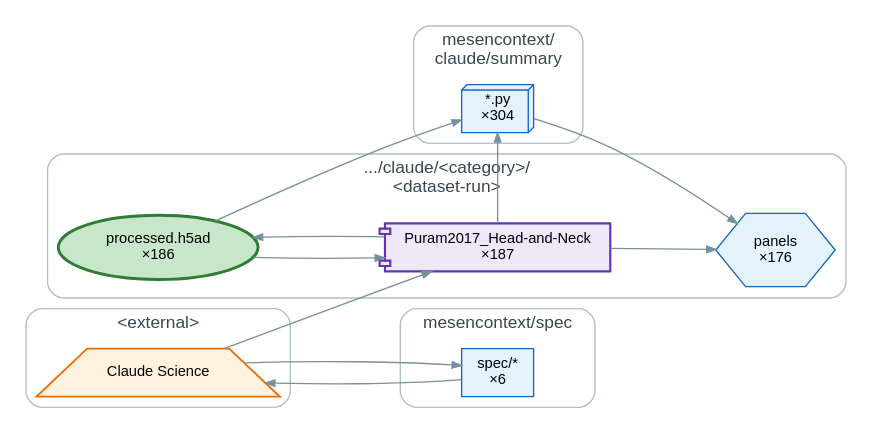
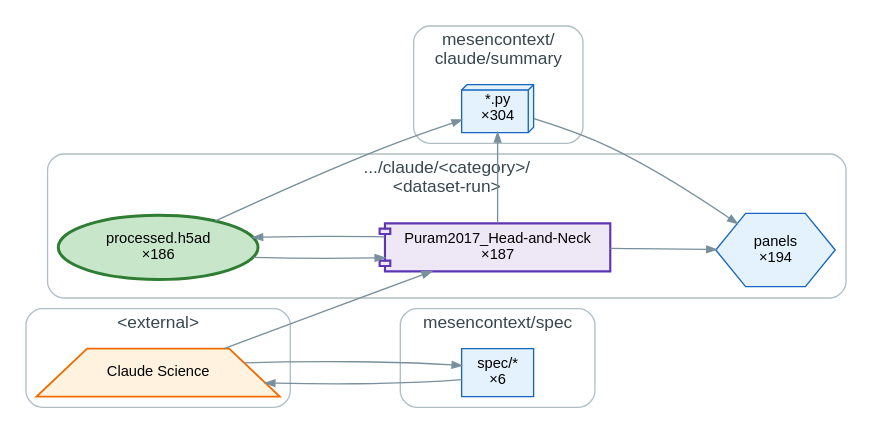
Before and after one commit to calebclayreagor/EMToolbox: the diagram in mesencontext/DAG/dot/claude.dot, drawn with Graphviz. The commit also changed 13 other files, not shown here.

```diff
--- a/mesencontext/DAG/dot/claude.dot
+++ b/mesencontext/DAG/dot/claude.dot
@@ -1,33 +1,33 @@
 digraph G {
   rankdir=LR; splines=spline;
   graph [fontname="Helvetica", fontsize=13, nodesep=0.3, ranksep=1.1];
   node [fontname="Helvetica", fontsize=11, style="filled", margin="0.12,0.07"];
   edge [fontname="Helvetica", fontsize=9, color="#78909c", arrowsize=0.7];
   subgraph cluster_1 {
     label=".../claude/<category>/\n<dataset-run>"; style="rounded"; color="#b0bec5"; fontsize=13; fontcolor="#37474f";
     n001 [label="processed.h5ad\n×186", shape=ellipse, fillcolor="#c8e6c9", color="#2e7d32", penwidth=2.2, style="filled"];
     n000 [label="Puram2017_Head-and-Neck\n×187", shape=component, fillcolor="#ede7f6", color="#5e35b1", penwidth=1.6, style="filled"];
-    n004 [label="panels\n×176", shape=hexagon, fillcolor="#e3f2fd", color="#1565c0", penwidth=1, style="filled"];
+    n004 [label="panels\n×194", shape=hexagon, fillcolor="#e3f2fd", color="#1565c0", penwidth=1, style="filled"];
   }
   subgraph cluster_2 {
     label="<external>"; style="rounded"; color="#b0bec5"; fontsize=13; fontcolor="#37474f";
     n003 [label="Claude Science", shape=trapezium, fillcolor="#fff3e0", color="#ef6c00", penwidth=1.4, style="filled"];
   }
   subgraph cluster_3 {
     label="mesencontext/\nclaude/summary"; style="rounded"; color="#b0bec5"; fontsize=13; fontcolor="#37474f";
     n002 [label="*.py\n×304", shape=box3d, fillcolor="#e3f2fd", color="#1565c0", penwidth=1, style="filled"];
   }
   subgraph cluster_4 {
     label="mesencontext/spec"; style="rounded"; color="#b0bec5"; fontsize=13; fontcolor="#37474f";
     n005 [label="spec/*\n×6", shape=box, fillcolor="#e3f2fd", color="#1565c0", penwidth=1, style="filled"];
   }
   n000 -> n001;
   n000 -> n004;
   n001 -> n000;
   n000 -> n002;
   n002 -> n004;
   n001 -> n002;
   n005 -> n003;
   n003 -> n005;
   n003 -> n000;
 }
```
